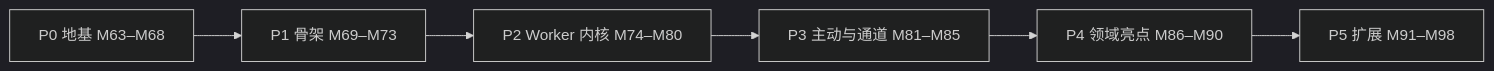
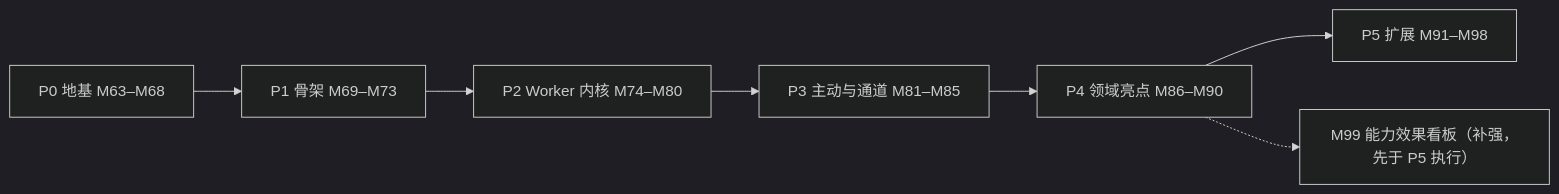
The diagram in docs/v3/12-实施路线与里程碑.md (ChthollyWn/MAA-API), drawn with Mermaid (dark theme) before and after one commit. The commit also changed other lines of this file and 11 other files, not shown here.

````diff
--- a/docs/v3/12-实施路线与里程碑.md
+++ b/docs/v3/12-实施路线与里程碑.md
@@ -7,8 +7,9 @@
 ```mermaid
 flowchart LR
     P0["P0 地基 M63–M68"] --> P1["P1 骨架 M69–M73"]
     P1 --> P2["P2 Worker 内核 M74–M80"]
     P2 --> P3["P3 主动与通道 M81–M85"]
     P3 --> P4["P4 领域亮点 M86–M90"]
     P4 --> P5["P5 扩展 M91–M98"]
+    P4 -.-> M99["M99 能力效果看板（补强，先于 P5 执行）"]
 ```
````
